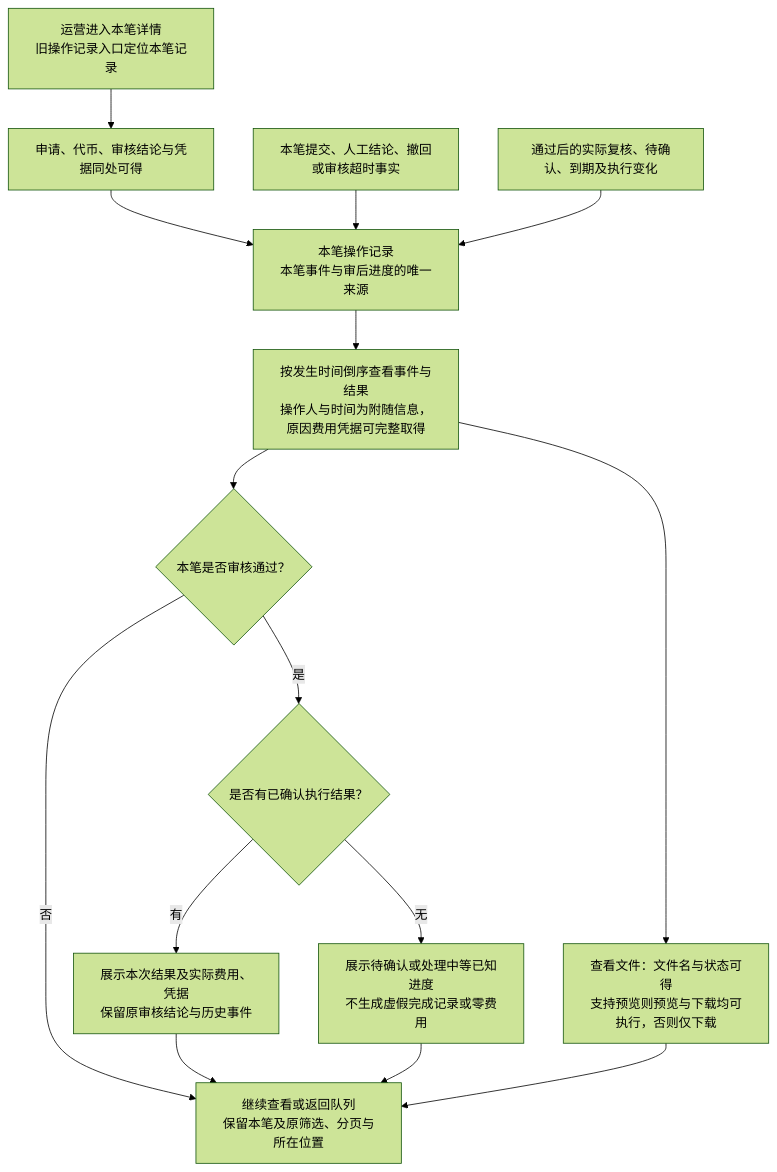
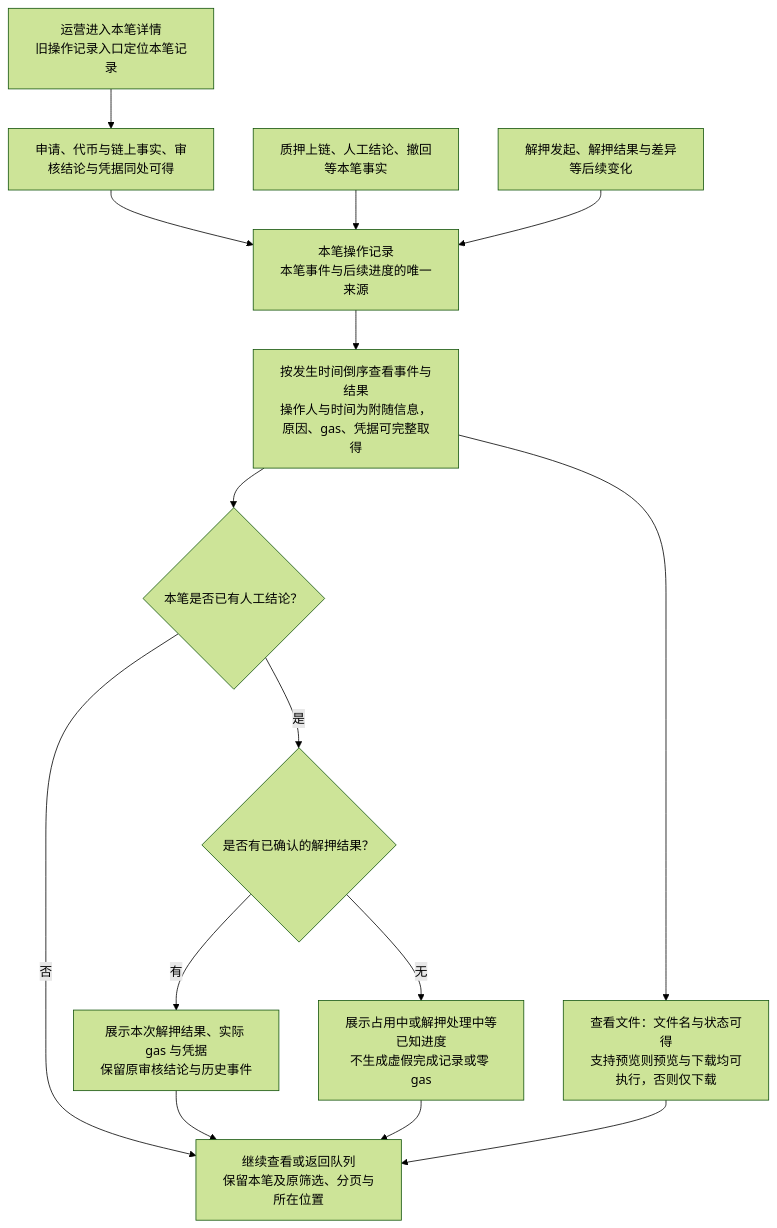
One commit to wxblockchain/Chain-Financing changed the fourth of 6 diagrams in lending-platform/PRD/v1.0-代币质押审核/02-代币质押审核-流程图与状态机.md. Above: the diagram before and after it, drawn with Mermaid (forest theme). The commit also changed other lines of this file and 4 other files, not shown here.

````diff
--- a/lending-platform/PRD/v1.0-代币质押审核/02-代币质押审核-流程图与状态机.md
+++ b/lending-platform/PRD/v1.0-代币质押审核/02-代币质押审核-流程图与状态机.md
@@ -105,17 +111,17 @@
 ```mermaid
 flowchart TD
-  A["运营进入本笔详情<br/>旧操作记录入口定位本笔记录"] --> B["申请、代币、审核结论与凭据同处可得"]
-  B --> C["本笔操作记录<br/>本笔事件与审后进度的唯一来源"]
-  D["本笔提交、人工结论、撤回或审核超时事实"] --> C
-  E["通过后的实际复核、待确认、到期及执行变化"] --> C
-  C --> F["按发生时间倒序查看事件与结果<br/>操作人与时间为附随信息，原因费用凭据可完整取得"]
-  F --> R{"本笔是否审核通过？"}
+  A["运营进入本笔详情<br/>旧操作记录入口定位本笔记录"] --> B["申请、代币与链上事实、审核结论与凭据同处可得"]
+  B --> C["本笔操作记录<br/>本笔事件与后续进度的唯一来源"]
+  D["质押上链、人工结论、撤回等本笔事实"] --> C
+  E["解押发起、解押结果与差异等后续变化"] --> C
+  C --> F["按发生时间倒序查看事件与结果<br/>操作人与时间为附随信息，原因、gas、凭据可完整取得"]
+  F --> R{"本笔是否已有人工结论？"}
   R -- "否" --> K["继续查看或返回队列<br/>保留本笔及原筛选、分页与所在位置"]
-  R -- "是" --> G{"是否有已确认执行结果？"}
-  G -- "有" --> H["展示本次结果及实际费用、凭据<br/>保留原审核结论与历史事件"]
-  G -- "无" --> I["展示待确认或处理中等已知进度<br/>不生成虚假完成记录或零费用"]
+  R -- "是" --> G{"是否有已确认的解押结果？"}
+  G -- "有" --> H["展示本次解押结果、实际 gas 与凭据<br/>保留原审核结论与历史事件"]
+  G -- "无" --> I["展示占用中或解押处理中等已知进度<br/>不生成虚假完成记录或零 gas"]
   F --> J["查看文件：文件名与状态可得<br/>支持预览则预览与下载均可执行，否则仅下载"]
   H --> K
   I --> K
   J --> K
 ```
````
